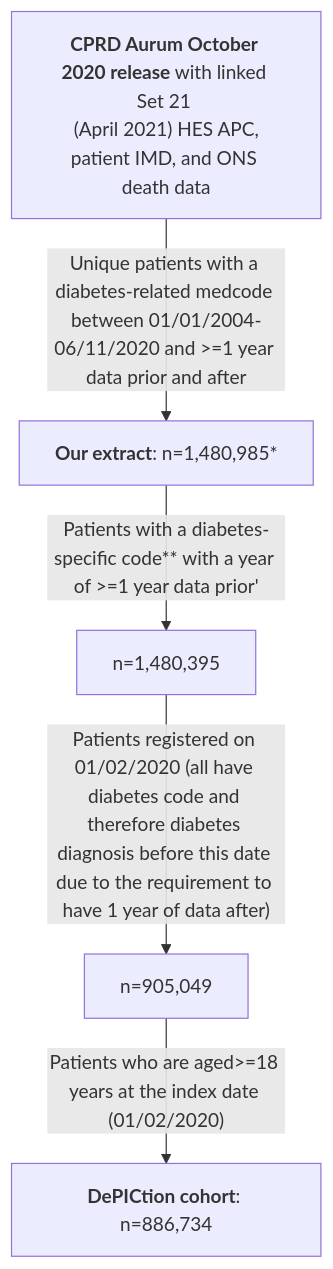
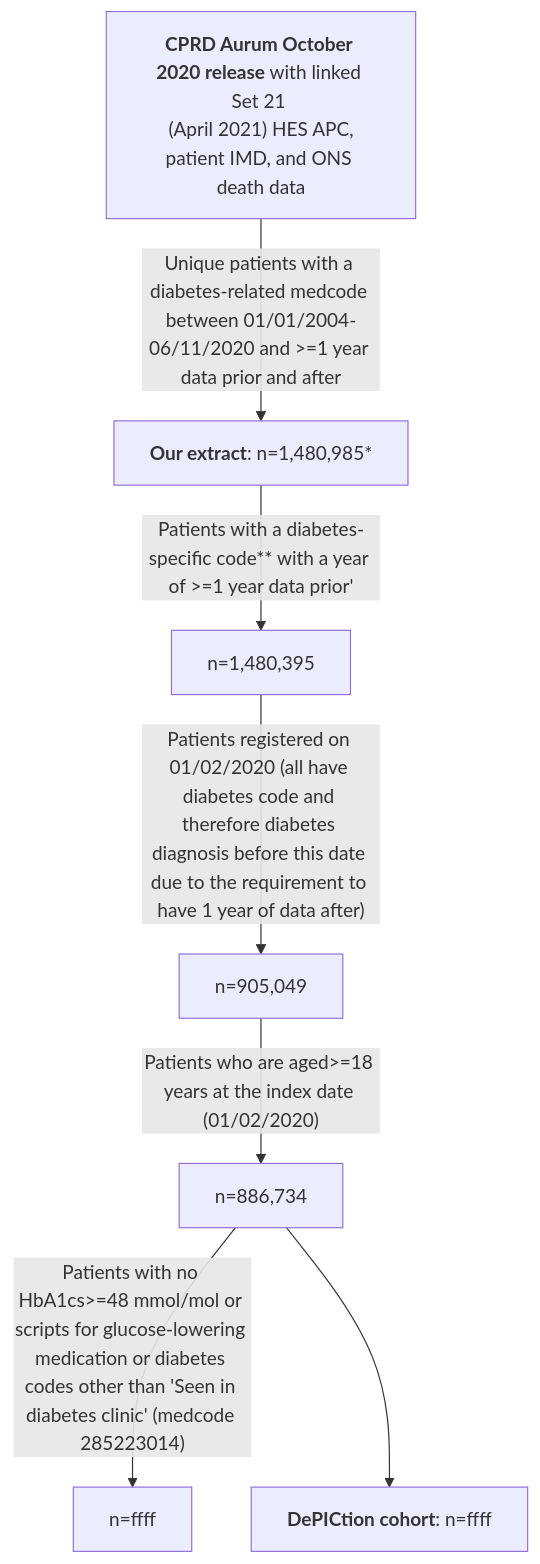
One commit to Exeter-Diabetes/CPRD-Katie-DePICtion-Scripts changed the diagram in README.md. Above: the diagram before and after it, drawn with Mermaid. The commit also changed other lines of this file, not shown here.

````diff
--- a/README.md
+++ b/README.md
@@ -9,7 +9,9 @@
 ```mermaid
 graph TD;
     A["<b>CPRD Aurum October 2020 release</b> with linked Set 21 <br> (April 2021) HES APC, patient IMD, and ONS death data"] --> |"Unique patients with a diabetes-related medcode between 01/01/2004-06/11/2020 and >=1 year data prior and after"| B["<b>Our extract</b>: n=1,480,985*"]
     B -->|"Patients with a diabetes-specific code** with a year of >=1 year data prior'"|C["n=1,480,395"]
     C -->|"Patients registered on 01/02/2020 (all have diabetes code and therefore diabetes diagnosis before this date due to the requirement to have 1 year of data after)"|D["n=905,049"]
-    D -->|"Patients who are aged>=18 years at the index date (01/02/2020)"|E["<b>DePICtion cohort</b>: n=886,734"]
+    D -->|"Patients who are aged>=18 years at the index date (01/02/2020)"|E["n=886,734"]
+    E -->|"Patients with no HbA1cs>=48 mmol/mol or scripts for glucose-lowering medication or diabetes codes other than 'Seen in diabetes clinic' (medcode 285223014)"|G["n=ffff"]
+    E --> F["<b>DePICtion cohort</b>: n=ffff"]
 ```
````
